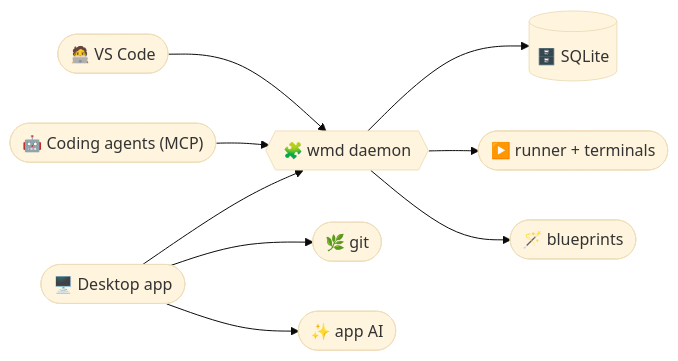
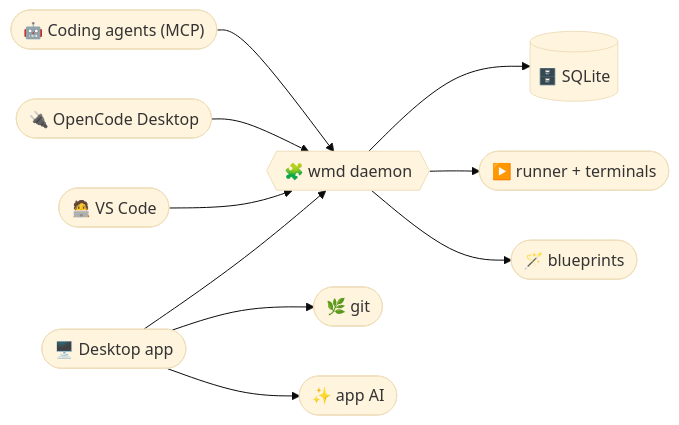
The diagram in README.md (aliharakeh/workspace-manager), drawn with Mermaid (base theme) before and after one commit. The commit also changed other lines of this file and 37 other files, not shown here.

First line of the commit message:
feat: add OpenCode support and per-run config selection

````diff
--- a/README.md
+++ b/README.md
@@ -27,11 +27,12 @@
 ```mermaid
 flowchart LR
     APP(["🖥️ Desktop app"]) --> D
     VS(["🧑‍💻 VS Code"]) --> D
+    OC(["🔌 OpenCode Desktop"]) --> D
     AI(["🤖 Coding agents (MCP)"]) --> D
     D{{"🧩 wmd daemon"}} --> DB[("🗄️ SQLite")]
     D --> R(["▶️ runner + terminals"])
     D --> B(["🪄 blueprints"])
     APP --> G(["🌿 git"])
     APP --> A(["✨ app AI"])
 ```
````
